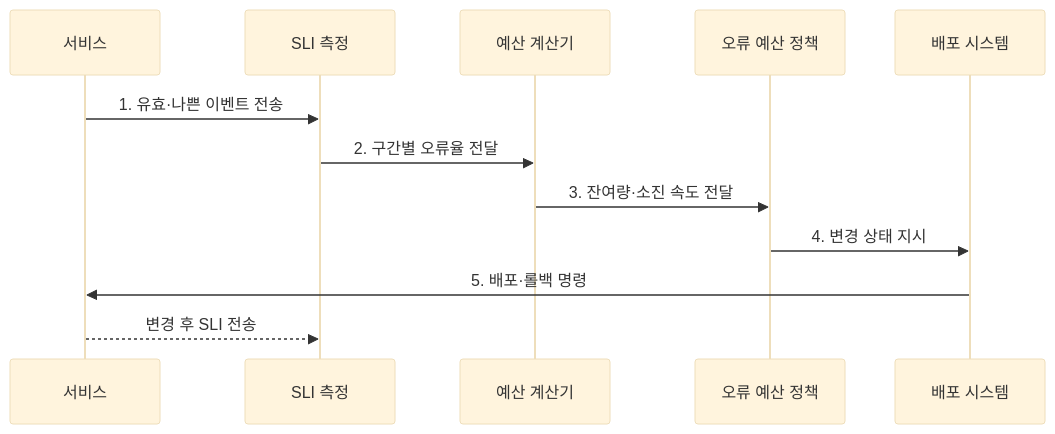
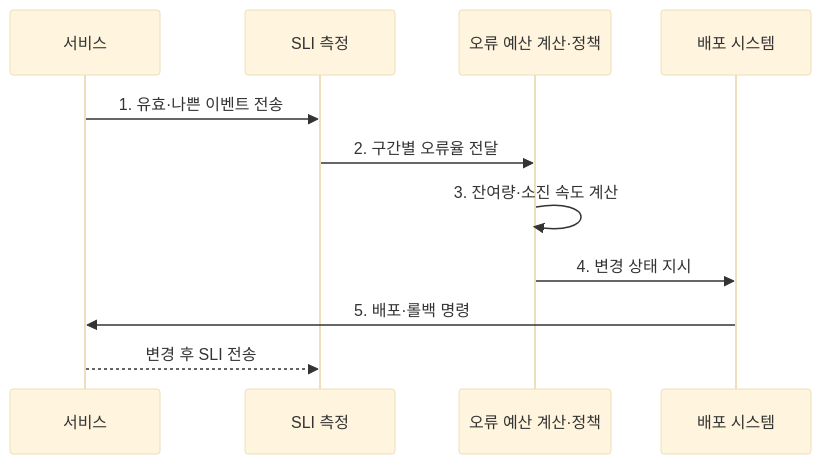
Before and after one commit to agnusdei1207/knowledge-base: the second of 2 diagrams in src/content/docs/notes/03-software/166_error_budget.md, drawn with Mermaid (base theme). The commit also changed 8 other files, not shown here.

Commit message:
Simplify service operation diagrams

````diff
--- a/src/content/docs/notes/03-software/166_error_budget.md
+++ b/src/content/docs/notes/03-software/166_error_budget.md
@@ -102,14 +102,13 @@
 ```mermaid
 sequenceDiagram
     participant S as 서비스
     participant M as SLI 측정
-    participant C as 예산 계산기
-    participant P as 오류 예산 정책
+    participant P as 오류 예산 계산·정책
     participant D as 배포 시스템
     S->>M: 1. 유효·나쁜 이벤트 전송
-    M->>C: 2. 구간별 오류율 전달
-    C->>P: 3. 잔여량·소진 속도 전달
+    M->>P: 2. 구간별 오류율 전달
+    P->>P: 3. 잔여량·소진 속도 계산
     P->>D: 4. 변경 상태 지시
     D->>S: 5. 배포·롤백 명령
     S-->>M: 변경 후 SLI 전송
 ```
````
